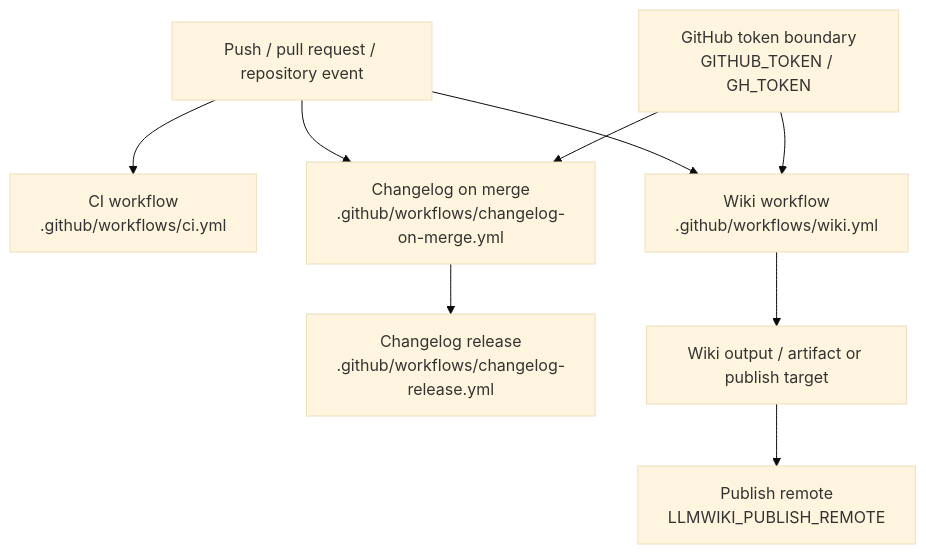
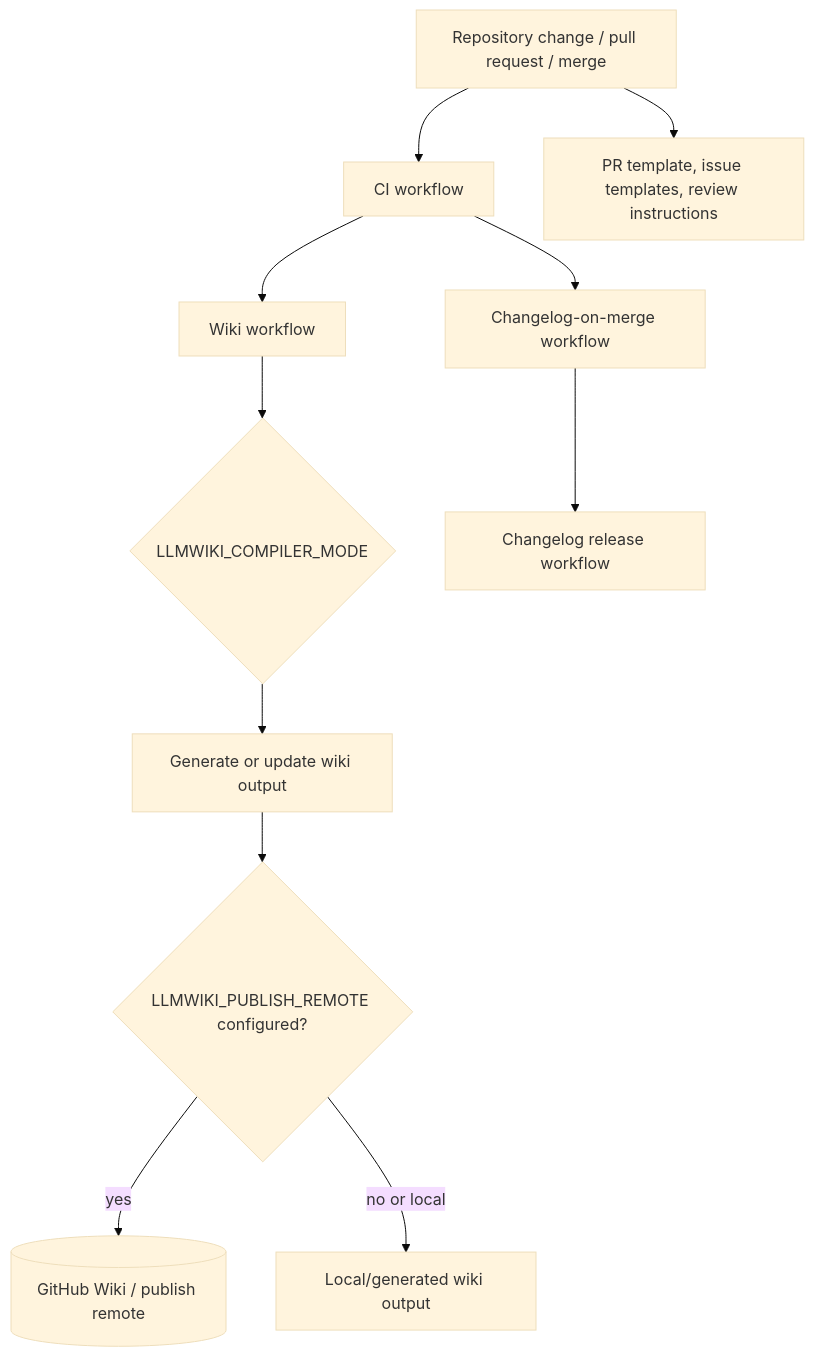
One commit to mfittko/repo-wiki changed the fourth of 4 diagrams in Architecture.md. Above: the diagram before and after it, drawn with Mermaid (base theme). The commit also changed other lines of this file and 43 other files, not shown here.

Commit message:
Compile repository wiki 2026-05-13T17:36:14.171Z

````diff
--- a/Architecture.md
+++ b/Architecture.md
@@ -228,20 +265,16 @@
 ```mermaid
-flowchart TD
-  PushPR["Push / pull request / repository event"]
-  CI["CI workflow<br/>.github/workflows/ci.yml"]
-  WikiWF["Wiki workflow<br/>.github/workflows/wiki.yml"]
-  ChangelogMerge["Changelog on merge<br/>.github/workflows/changelog-on-merge.yml"]
-  ChangelogRelease["Changelog release<br/>.github/workflows/changelog-release.yml"]
-  WikiArtifact["Wiki output / artifact or publish target"]
-  PublishRemote["Publish remote<br/>LLMWIKI_PUBLISH_REMOTE"]
-  GitHubToken["GitHub token boundary<br/>GITHUB_TOKEN / GH_TOKEN"]
+flowchart TB
+  Change[Repository change / pull request / merge] --> CI[CI workflow]
+  Change --> Review[PR template, issue templates, review instructions]
 
-  PushPR --> CI
-  PushPR --> WikiWF
-  PushPR --> ChangelogMerge
-  ChangelogMerge --> ChangelogRelease
-  GitHubToken --> WikiWF
-  GitHubToken --> ChangelogMerge
-  WikiWF --> WikiArtifact
-  WikiArtifact --> PublishRemote
+  CI --> WikiWorkflow[Wiki workflow]
+  CI --> ChangelogMerge[Changelog-on-merge workflow]
+
+  WikiWorkflow --> Mode{LLMWIKI_COMPILER_MODE}
+  Mode --> Generate[Generate or update wiki output]
+  Generate --> Publish{LLMWIKI_PUBLISH_REMOTE configured?}
+  Publish -->|yes| Remote[(GitHub Wiki / publish remote)]
+  Publish -->|no or local| Artifact[Local/generated wiki output]
+
+  ChangelogMerge --> ChangelogRelease[Changelog release workflow]
 ```
````
